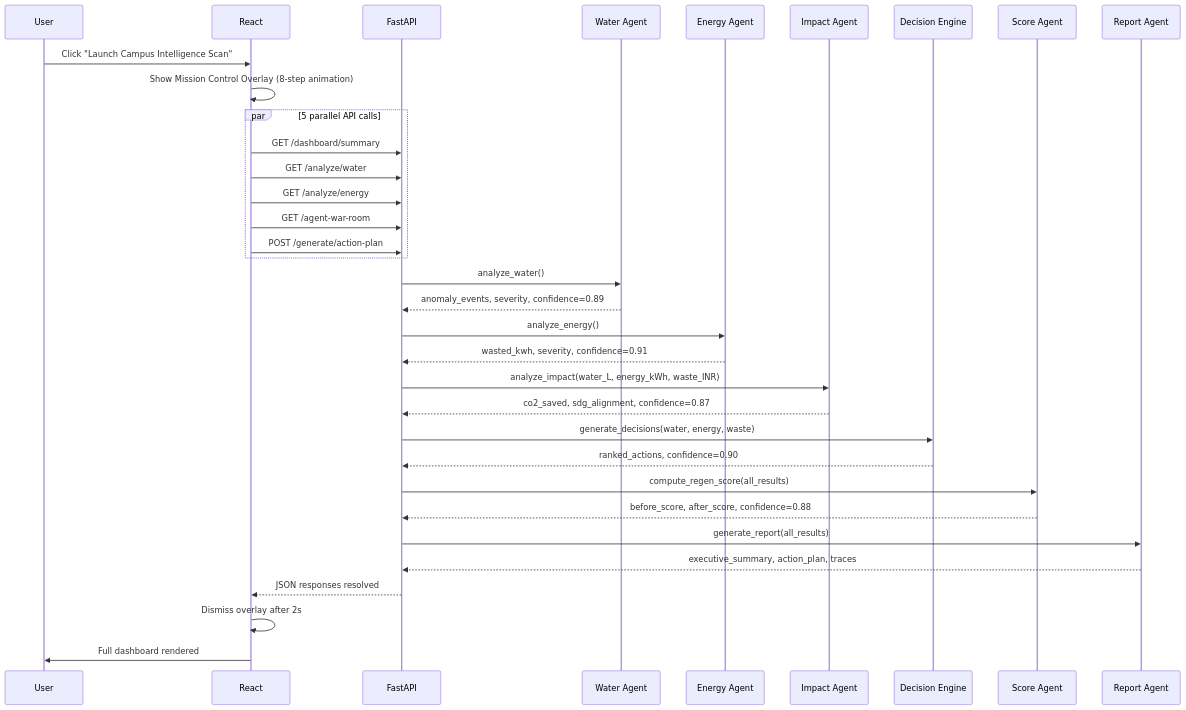
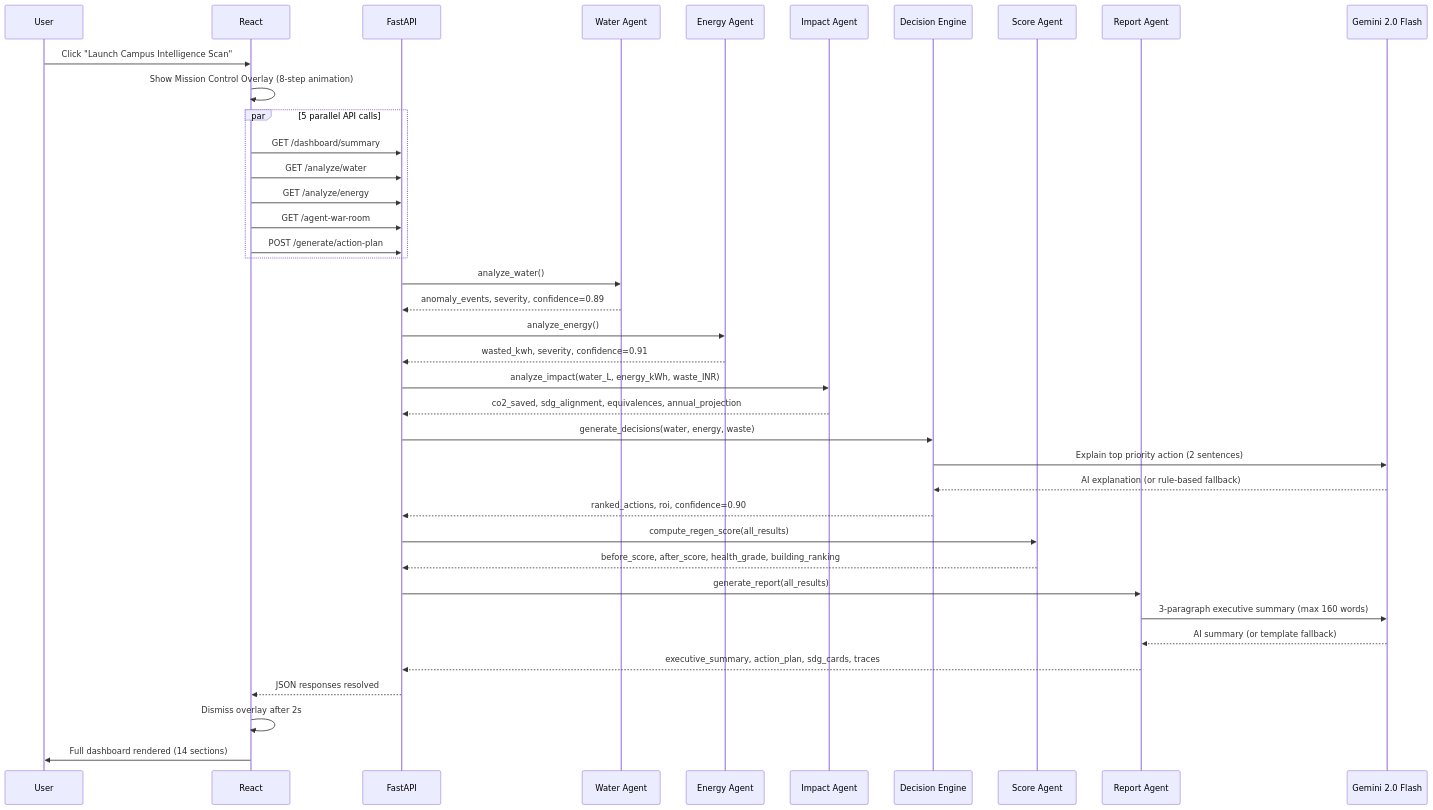
One commit to DivyaShreeS09/RE-GEN-AI changed the second of 2 diagrams in README.md. Above: the diagram before and after it, drawn with Mermaid. The commit also changed other lines of this file and 15 other files, not shown here.

````diff
--- a/README.md
+++ b/README.md
@@ -59,40 +122,44 @@
 ```mermaid
 sequenceDiagram
     participant U  as User
     participant R  as React
     participant F  as FastAPI
     participant W  as Water Agent
     participant E  as Energy Agent
     participant I  as Impact Agent
     participant D  as Decision Engine
     participant S  as Score Agent
     participant Rp as Report Agent
+    participant G  as Gemini 2.0 Flash
 
     U->>R: Click "Launch Campus Intelligence Scan"
     R->>R: Show Mission Control Overlay (8-step animation)
 
     par 5 parallel API calls
         R->>F: GET /dashboard/summary
         R->>F: GET /analyze/water
         R->>F: GET /analyze/energy
         R->>F: GET /agent-war-room
         R->>F: POST /generate/action-plan
     end
 
     F->>W: analyze_water()
     W-->>F: anomaly_events, severity, confidence=0.89
     F->>E: analyze_energy()
     E-->>F: wasted_kwh, severity, confidence=0.91
     F->>I: analyze_impact(water_L, energy_kWh, waste_INR)
-    I-->>F: co2_saved, sdg_alignment, confidence=0.87
+    I-->>F: co2_saved, sdg_alignment, equivalences, annual_projection
     F->>D: generate_decisions(water, energy, waste)
-    D-->>F: ranked_actions, confidence=0.90
+    D->>G: Explain top priority action (2 sentences)
+    G-->>D: AI explanation (or rule-based fallback)
+    D-->>F: ranked_actions, roi, confidence=0.90
     F->>S: compute_regen_score(all_results)
-    S-->>F: before_score, after_score, confidence=0.88
+    S-->>F: before_score, after_score, health_grade, building_ranking
     F->>Rp: generate_report(all_results)
-    Rp-->>F: executive_summary, action_plan, traces
-
+    Rp->>G: 3-paragraph executive summary (max 160 words)
+    G-->>Rp: AI summary (or template fallback)
+    Rp-->>F: executive_summary, action_plan, sdg_cards, traces
     F-->>R: JSON responses resolved
     R->>R: Dismiss overlay after 2s
-    R->>U: Full dashboard rendered
+    R->>U: Full dashboard rendered (14 sections)
 ```
````
